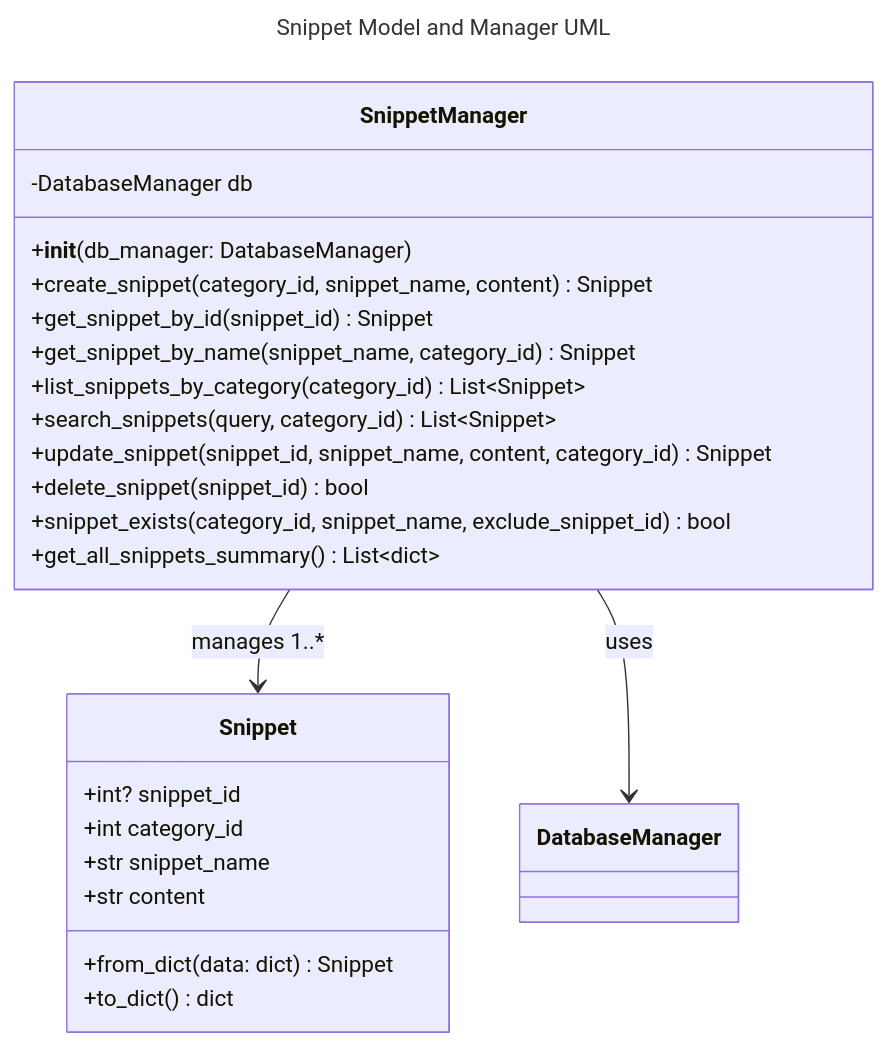
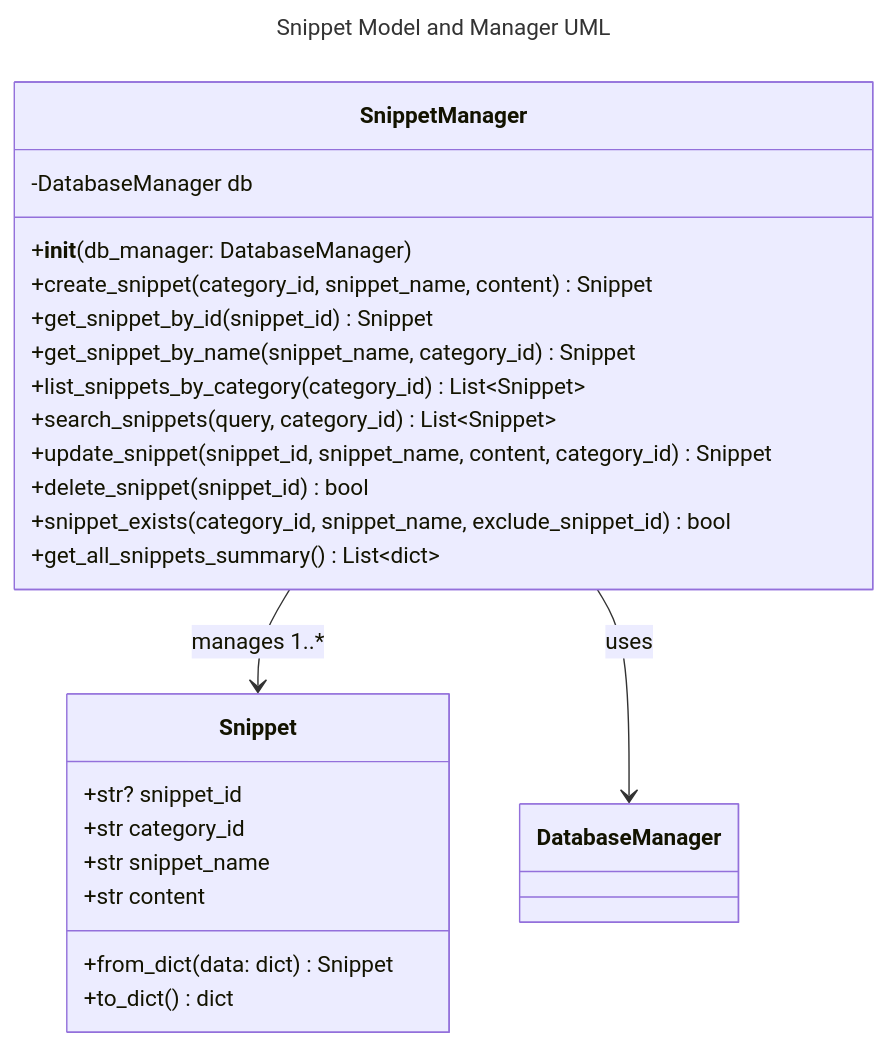
Before and after one commit to SeanAdams10/AITypingTrainer: the diagram in Prompts/Snippet.md, drawn with Mermaid. The commit also changed other lines of this file and 18 other files, not shown here.

````diff
--- a/Prompts/Snippet.md
+++ b/Prompts/Snippet.md
@@ -111,29 +97,29 @@
 ```mermaid
 ---
 title: Snippet Model and Manager UML
 ---
 classDiagram
     class Snippet {
-        +int? snippet_id
-        +int category_id
+        +str? snippet_id
+        +str category_id
         +str snippet_name
         +str content
         +from_dict(data: dict) Snippet
         +to_dict() dict
     }
     class SnippetManager {
         -DatabaseManager db
         +__init__(db_manager: DatabaseManager)
         +create_snippet(category_id, snippet_name, content) Snippet
         +get_snippet_by_id(snippet_id) Snippet
         +get_snippet_by_name(snippet_name, category_id) Snippet
         +list_snippets_by_category(category_id) List~Snippet~
         +search_snippets(query, category_id) List~Snippet~
         +update_snippet(snippet_id, snippet_name, content, category_id) Snippet
         +delete_snippet(snippet_id) bool
         +snippet_exists(category_id, snippet_name, exclude_snippet_id) bool
         +get_all_snippets_summary() List~dict~
     }
     SnippetManager --> Snippet : manages 1..*
     SnippetManager --> DatabaseManager : uses
 ```
````
